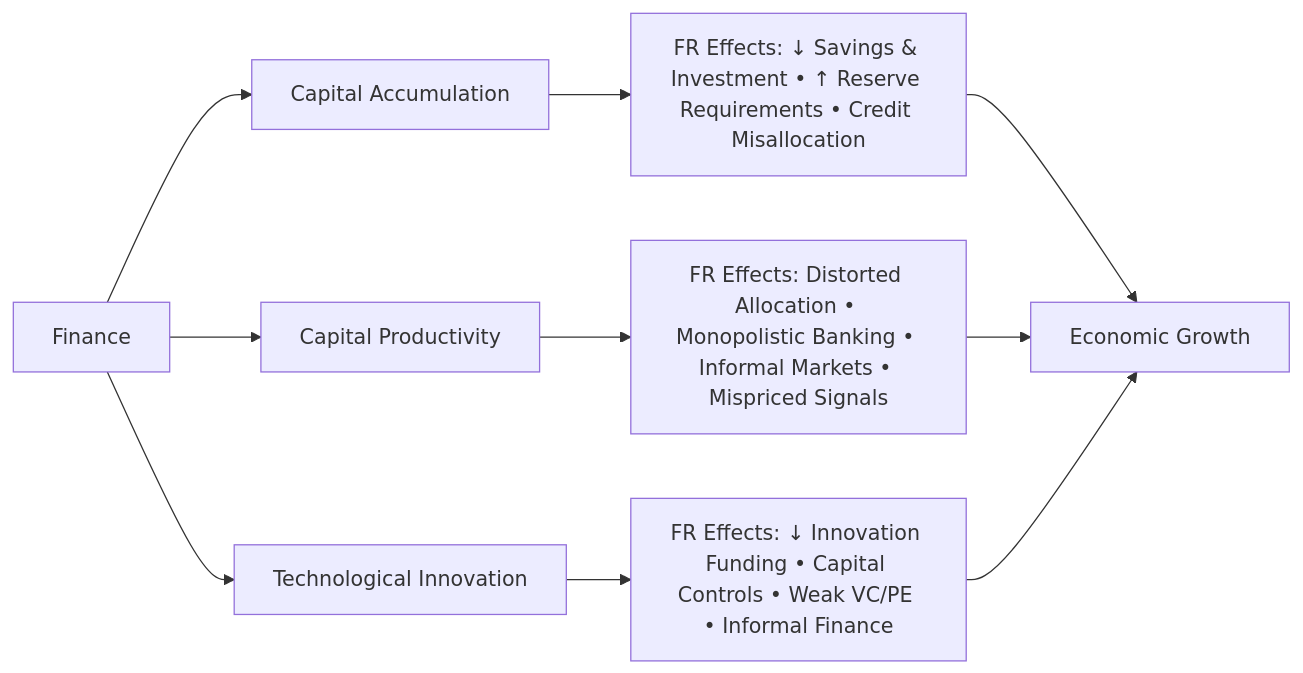
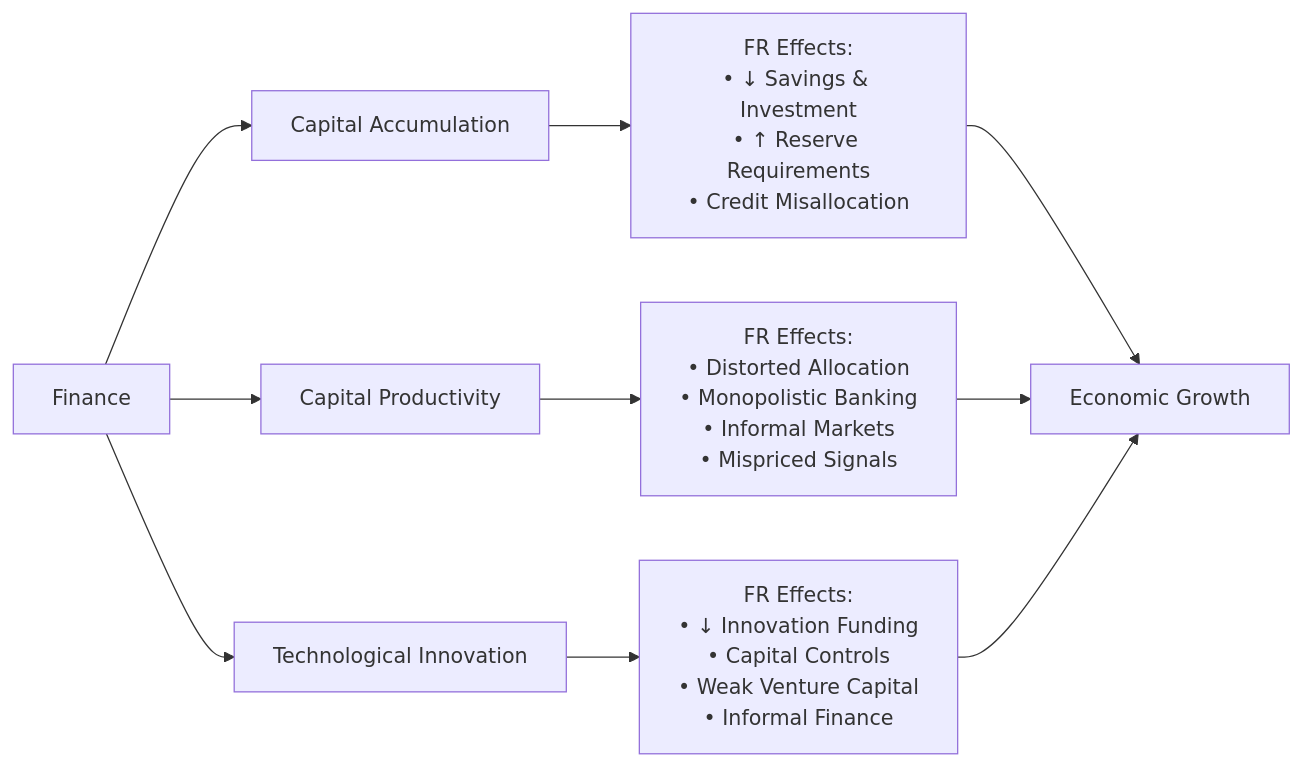
Before and after one commit to Aboutorabi/FR-FD-Gr.md: the diagram in FR-FD&Gr.md, drawn with Mermaid.

````diff
--- a/FR-FD&Gr.md
+++ b/FR-FD&Gr.md
@@ -1,20 +1,20 @@
 ```mermaid
 flowchart LR
     F["Finance"]
 
     %% Channels
     A["Capital Accumulation"]
     B["Capital Productivity"]
     C["Technological Innovation"]
 
-    %% FR Effects (act as connectors to Growth)
-    A_sub["FR Effects: ↓ Savings & Investment • ↑ Reserve Requirements • Credit Misallocation"]
-    B_sub["FR Effects: Distorted Allocation • Monopolistic Banking • Informal Markets • Mispriced Signals"]
-    C_sub["FR Effects: ↓ Innovation Funding • Capital Controls • Weak VC/PE • Informal Finance"]
+    %% FR Effects (multiline with bullets)
+    A_sub["FR Effects:\n• ↓ Savings & Investment\n• ↑ Reserve Requirements\n• Credit Misallocation"]
+    B_sub["FR Effects:\n• Distorted Allocation\n• Monopolistic Banking\n• Informal Markets\n• Mispriced Signals"]
+    C_sub["FR Effects:\n• ↓ Innovation Funding\n• Capital Controls\n• Weak Venture Capital\n• Informal Finance"]
 
     %% Flow connections
     F --> A --> A_sub --> G["Economic Growth"]
     F --> B --> B_sub --> G
     F --> C --> C_sub --> G
 
 ```
````
